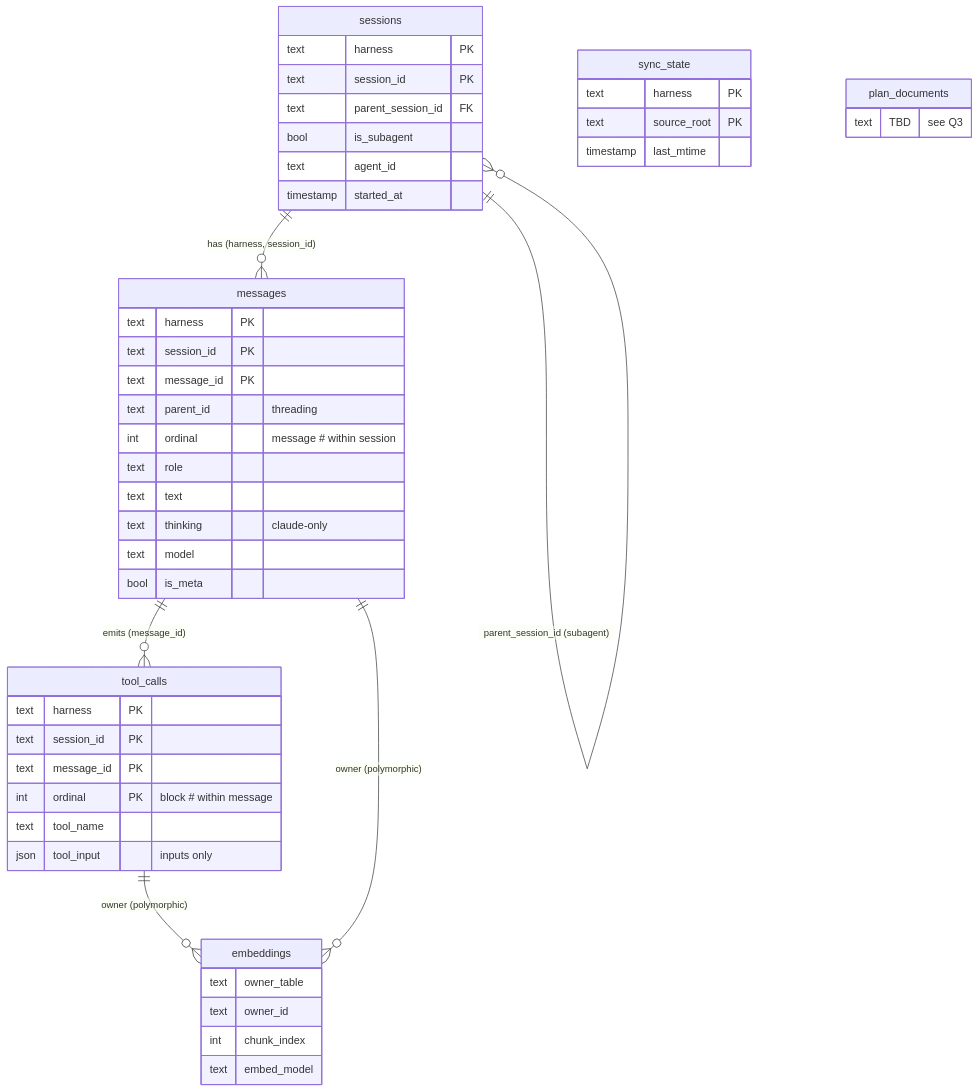
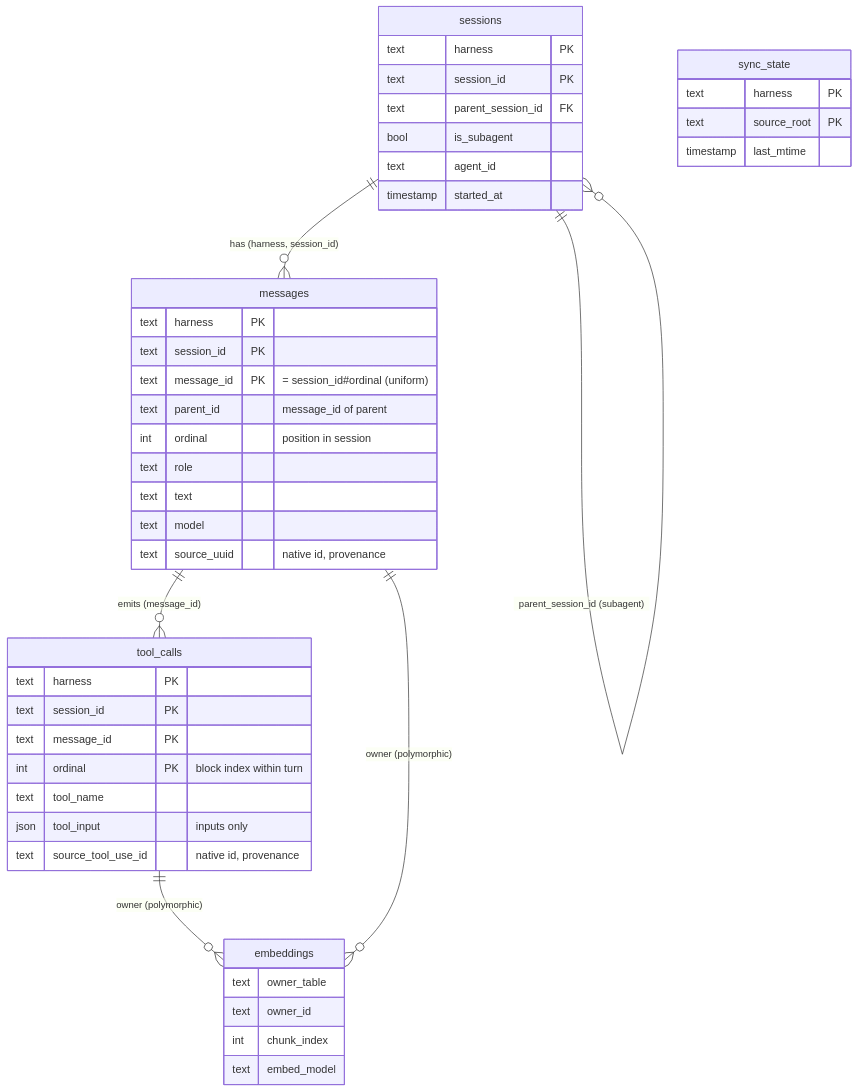
Before and after one commit to Texarkanine/stockroom: the diagram in memory-bank/active/creative/creative-schema-enumeration.md, drawn with Mermaid. The commit also changed other lines of this file, not shown here.

First line of the commit message:
docs(schema): enforce cross-harness semantic uniformity; drop is_meta/caller_type/thinking/plan_documents

````diff
--- a/memory-bank/active/creative/creative-schema-enumeration.md
+++ b/memory-bank/active/creative/creative-schema-enumeration.md
@@ -139,51 +149,48 @@
 ```mermaid
 erDiagram
     sessions   ||--o{ messages    : "has (harness, session_id)"
     sessions   ||--o{ sessions    : "parent_session_id (subagent)"
     messages   ||--o{ tool_calls  : "emits (message_id)"
     messages   ||--o{ embeddings  : "owner (polymorphic)"
     tool_calls ||--o{ embeddings  : "owner (polymorphic)"
 
     sessions {
         text harness PK
         text session_id PK
         text parent_session_id FK
         bool is_subagent
         text agent_id
         timestamp started_at
     }
     messages {
         text harness PK
         text session_id PK
-        text message_id PK
-        text parent_id "threading"
-        int ordinal "message # within session"
+        text message_id PK "= session_id#ordinal (uniform)"
+        text parent_id "message_id of parent"
+        int ordinal "position in session"
         text role
         text text
-        text thinking "claude-only"
         text model
-        bool is_meta
+        text source_uuid "native id, provenance"
     }
     tool_calls {
         text harness PK
         text session_id PK
         text message_id PK
-        int ordinal PK "block # within message"
+        int ordinal PK "block index within turn"
         text tool_name
         json tool_input "inputs only"
+        text source_tool_use_id "native id, provenance"
     }
     embeddings {
         text owner_table
         text owner_id
         int chunk_index
         text embed_model
     }
     sync_state {
         text harness PK
         text source_root PK
         timestamp last_mtime
     }
-    plan_documents {
-        text TBD "see Q3"
-    }
 ```
````
